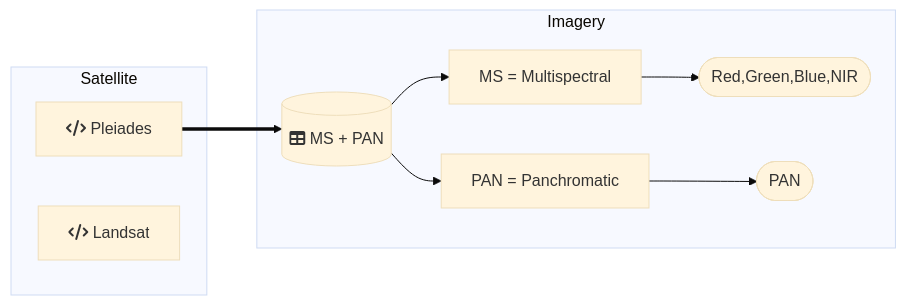
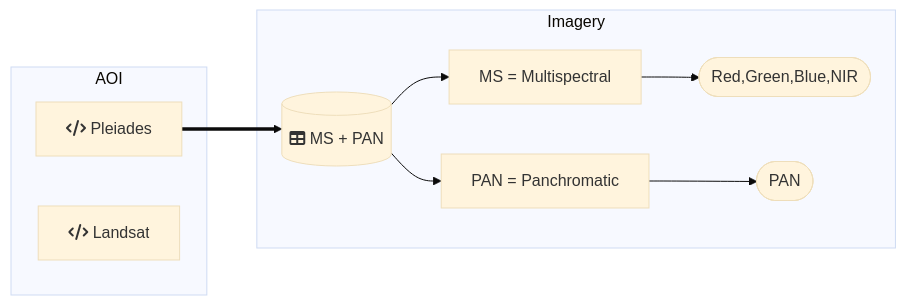
Before and after one commit to DippoldEJ/Feature-Detection-and-Explanation: the diagram in Application/README.md, drawn with Mermaid (base theme).

````diff
--- a/Application/README.md
+++ b/Application/README.md
@@ -13,22 +13,22 @@
 ```mermaid
 flowchart LR;
 
-subgraph Satellite
+subgraph AOI
     s[fa:fa-code Pleiades]
     a[fa:fa-code Landsat]
     end
 
  subgraph Imagery
         db[(fa:fa-table MS + PAN)]
         m[MS = Multispectral]
         p[PAN = Panchromatic]
         b([Red,Green,Blue,NIR])
         c([PAN])
     end
 
     s==>db
     db-->m
     db-->p
     m-->b
     p-->c
 ```
````
